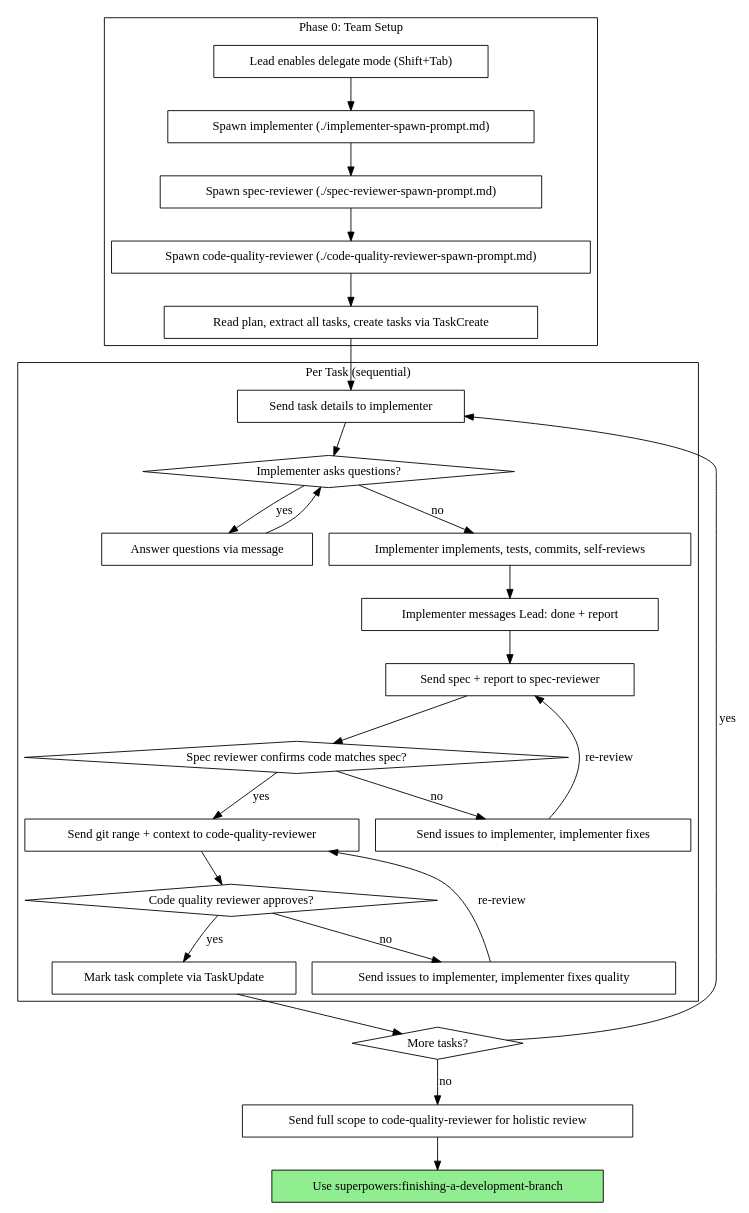
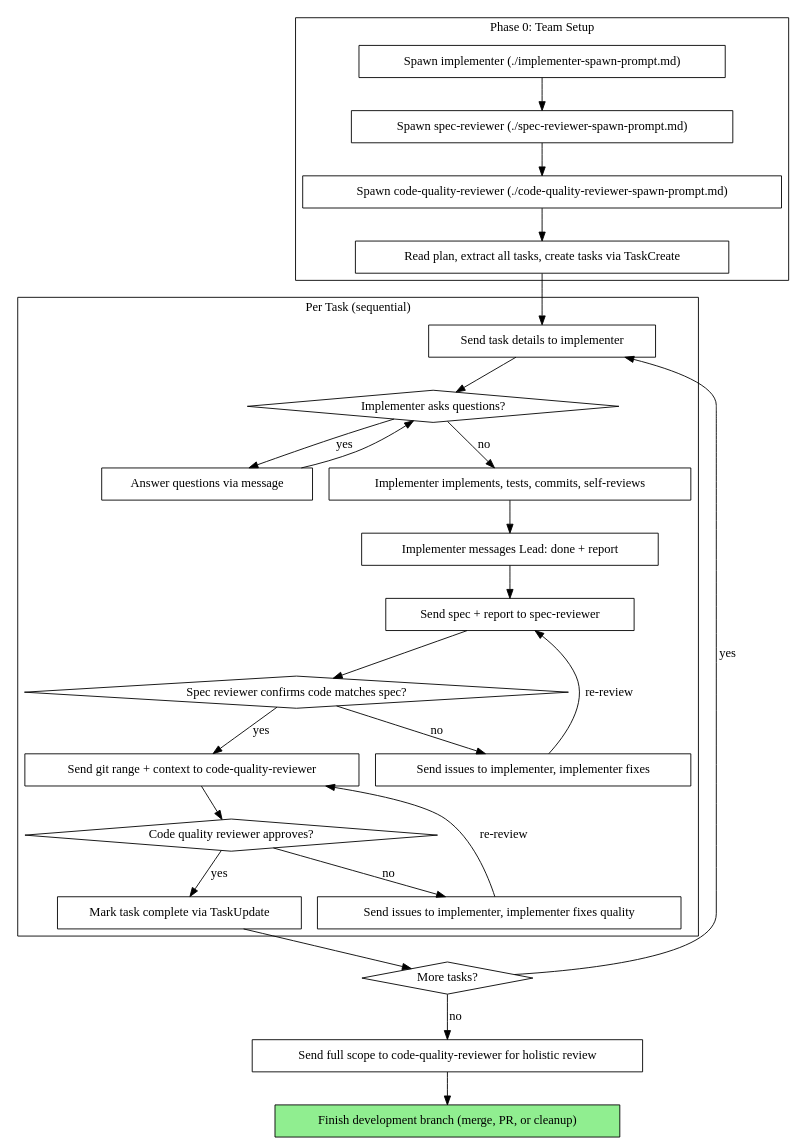
The second of 2 diagrams in skills/agent-team-driven-development/SKILL.md (strawhatduckk/superpowers-agent-teams), drawn with Graphviz before and after one commit. The commit also changed other lines of this file and 46 other files, not shown here.

````diff
--- a/skills/agent-team-driven-development/SKILL.md
+++ b/skills/agent-team-driven-development/SKILL.md
@@ -48,62 +48,60 @@
 ```dot
 digraph process {
     rankdir=TB;
 
     subgraph cluster_setup {
         label="Phase 0: Team Setup";
-        "Lead enables delegate mode (Shift+Tab)" [shape=box];
         "Spawn implementer (./implementer-spawn-prompt.md)" [shape=box];
         "Spawn spec-reviewer (./spec-reviewer-spawn-prompt.md)" [shape=box];
         "Spawn code-quality-reviewer (./code-quality-reviewer-spawn-prompt.md)" [shape=box];
         "Read plan, extract all tasks, create tasks via TaskCreate" [shape=box];
     }
 
     subgraph cluster_per_task {
         label="Per Task (sequential)";
         "Send task details to implementer" [shape=box];
         "Implementer asks questions?" [shape=diamond];
         "Answer questions via message" [shape=box];
         "Implementer implements, tests, commits, self-reviews" [shape=box];
         "Implementer messages Lead: done + report" [shape=box];
         "Send spec + report to spec-reviewer" [shape=box];
         "Spec reviewer confirms code matches spec?" [shape=diamond];
         "Send issues to implementer, implementer fixes" [shape=box];
         "Send git range + context to code-quality-reviewer" [shape=box];
         "Code quality reviewer approves?" [shape=diamond];
         "Send issues to implementer, implementer fixes quality" [shape=box];
         "Mark task complete via TaskUpdate" [shape=box];
     }
 
     "More tasks?" [shape=diamond];
     "Send full scope to code-quality-reviewer for holistic review" [shape=box];
-    "Use superpowers:finishing-a-development-branch" [shape=box style=filled fillcolor=lightgreen];
+    "Finish development branch (merge, PR, or cleanup)" [shape=box style=filled fillcolor=lightgreen];
 
-    "Lead enables delegate mode (Shift+Tab)" -> "Spawn implementer (./implementer-spawn-prompt.md)";
     "Spawn implementer (./implementer-spawn-prompt.md)" -> "Spawn spec-reviewer (./spec-reviewer-spawn-prompt.md)";
     "Spawn spec-reviewer (./spec-reviewer-spawn-prompt.md)" -> "Spawn code-quality-reviewer (./code-quality-reviewer-spawn-prompt.md)";
     "Spawn code-quality-reviewer (./code-quality-reviewer-spawn-prompt.md)" -> "Read plan, extract all tasks, create tasks via TaskCreate";
     "Read plan, extract all tasks, create tasks via TaskCreate" -> "Send task details to implementer";
 
     "Send task details to implementer" -> "Implementer asks questions?";
     "Implementer asks questions?" -> "Answer questions via message" [label="yes"];
     "Answer questions via message" -> "Implementer asks questions?";
     "Implementer asks questions?" -> "Implementer implements, tests, commits, self-reviews" [label="no"];
     "Implementer implements, tests, commits, self-reviews" -> "Implementer messages Lead: done + report";
     "Implementer messages Lead: done + report" -> "Send spec + report to spec-reviewer";
 
     "Send spec + report to spec-reviewer" -> "Spec reviewer confirms code matches spec?";
     "Spec reviewer confirms code matches spec?" -> "Send issues to implementer, implementer fixes" [label="no"];
     "Send issues to implementer, implementer fixes" -> "Send spec + report to spec-reviewer" [label="re-review"];
     "Spec reviewer confirms code matches spec?" -> "Send git range + context to code-quality-reviewer" [label="yes"];
 
     "Send git range + context to code-quality-reviewer" -> "Code quality reviewer approves?";
     "Code quality reviewer approves?" -> "Send issues to implementer, implementer fixes quality" [label="no"];
     "Send issues to implementer, implementer fixes quality" -> "Send git range + context to code-quality-reviewer" [label="re-review"];
     "Code quality reviewer approves?" -> "Mark task complete via TaskUpdate" [label="yes"];
 
     "Mark task complete via TaskUpdate" -> "More tasks?";
     "More tasks?" -> "Send task details to implementer" [label="yes"];
     "More tasks?" -> "Send full scope to code-quality-reviewer for holistic review" [label="no"];
-    "Send full scope to code-quality-reviewer for holistic review" -> "Use superpowers:finishing-a-development-branch";
+    "Send full scope to code-quality-reviewer for holistic review" -> "Finish development branch (merge, PR, or cleanup)";
 }
 ```
````
